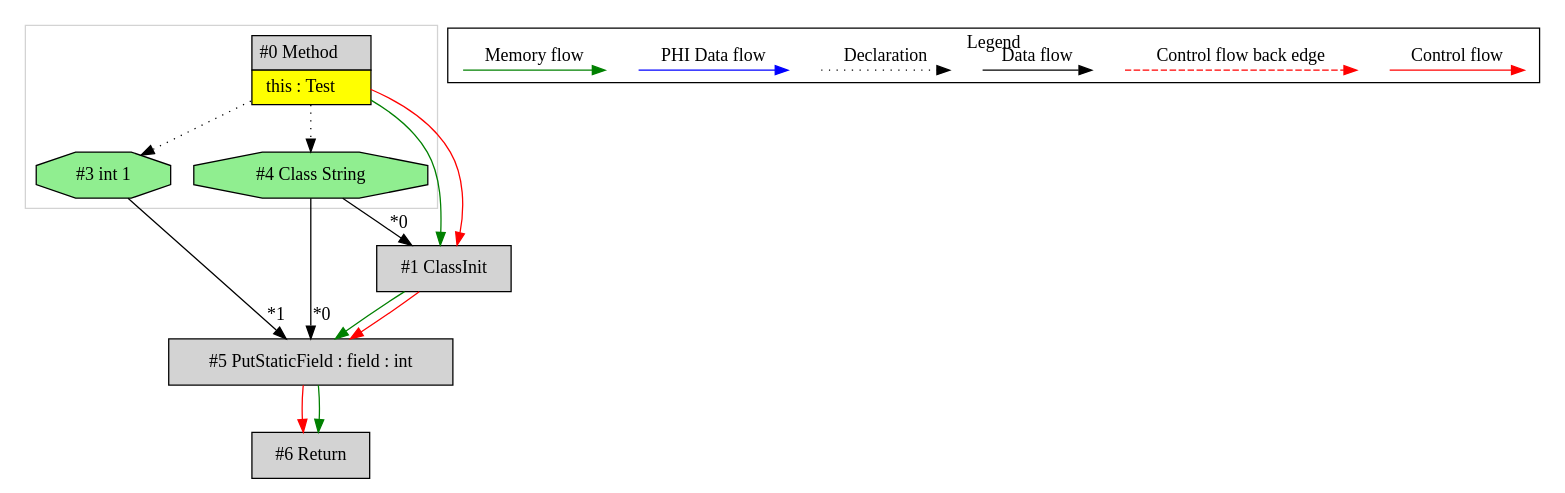
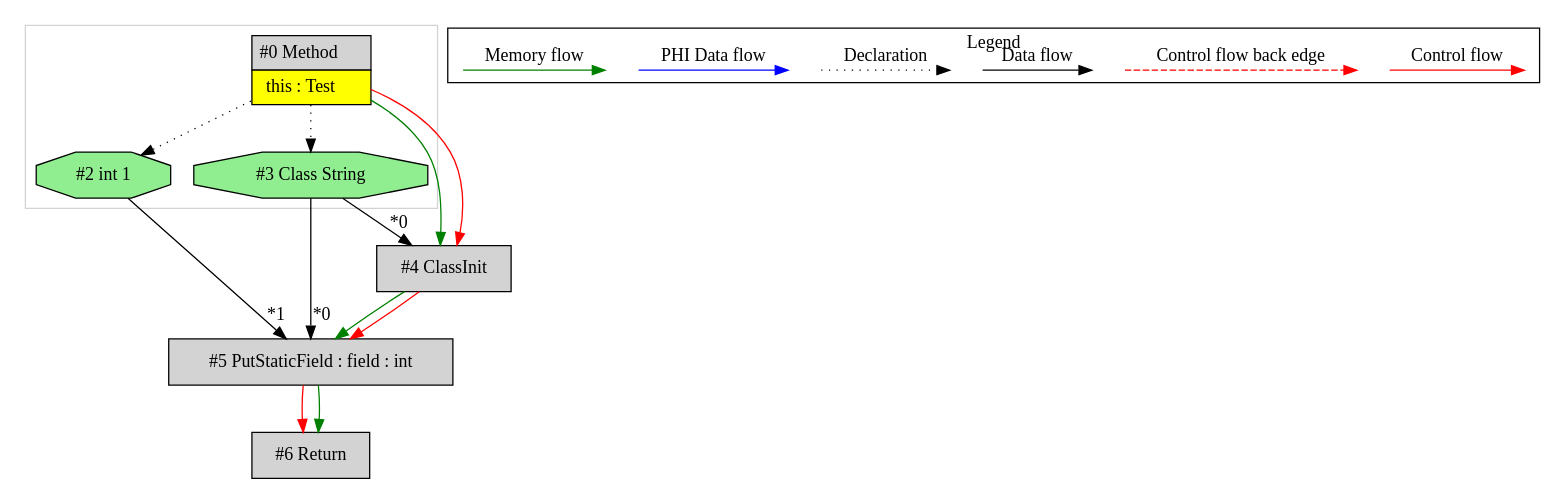
Before and after one commit to mirkosertic/MetaIR: the diagram in de.mirkosertic.metair.ir.OpcodePUTSTATICTest/test_PUTSTATIC/ir.dot, drawn with Graphviz. The commit also changed 883 other files, not shown here.

```diff
--- a/de.mirkosertic.metair.ir.OpcodePUTSTATICTest/test_PUTSTATIC/ir.dot
+++ b/de.mirkosertic.metair.ir.OpcodePUTSTATICTest/test_PUTSTATIC/ir.dot
@@ -1,52 +1,52 @@
 digraph {
  ordering="in";
- node0[margin="0", label=<<table border="0" cellborder="1" cellspacing="0" cellpadding="5"><tr><td colspan="1">#0 Method</td></tr><tr><td port="prj2" bgcolor="yellow">this : Test</td></tr></table>>,shape=none, fillcolor=lightgrey, style=filled];
- node3[label="#3 int 1",shape=octagon, fillcolor=lightgreen, style=filled];
+ node0[margin="0", label=<<table border="0" cellborder="1" cellspacing="0" cellpadding="5"><tr><td colspan="1">#0 Method</td></tr><tr><td port="prj1" bgcolor="yellow">this : Test</td></tr></table>>,shape=none, fillcolor=lightgrey, style=filled];
+ node2[label="#2 int 1",shape=octagon, fillcolor=lightgreen, style=filled];
+ node0 -> node2[style=dotted];
+ node5[label="#5 PutStaticField : field : int",shape=box, fillcolor=lightgrey, style=filled];
+ node3 -> node5[headlabel="*0", labeldistance=2];
+ node2 -> node5[headlabel="*1", labeldistance=2];
+ node4 -> node5[labeldistance=2, color=green, constraint=false];
+ node4 -> node5[labeldistance=2, color=red, fontcolor=red];
+ node4[label="#4 ClassInit",shape=box, fillcolor=lightgrey, style=filled];
+ node3 -> node4[headlabel="*0", labeldistance=2];
+ node0 -> node4[labeldistance=2, color=green, constraint=false];
+ node0 -> node4[labeldistance=2, color=red, fontcolor=red];
+ node3[label="#3 Class String",shape=octagon, fillcolor=lightgreen, style=filled];
  node0 -> node3[style=dotted];
- node5[label="#5 PutStaticField : field : int",shape=box, fillcolor=lightgrey, style=filled];
- node4 -> node5[headlabel="*0", labeldistance=2];
- node3 -> node5[headlabel="*1", labeldistance=2];
- node1 -> node5[labeldistance=2, color=green, constraint=false];
- node1 -> node5[labeldistance=2, color=red, fontcolor=red];
- node1[label="#1 ClassInit",shape=box, fillcolor=lightgrey, style=filled];
- node4 -> node1[headlabel="*0", labeldistance=2];
- node0 -> node1[labeldistance=2, color=green, constraint=false];
- node0 -> node1[labeldistance=2, color=red, fontcolor=red];
- node4[label="#4 Class String",shape=octagon, fillcolor=lightgreen, style=filled];
- node0 -> node4[style=dotted];
  node6[label="#6 Return",shape=box, fillcolor=lightgrey, style=filled];
  node5 -> node6[labeldistance=2, color=red, fontcolor=red];
  node5 -> node6[labeldistance=2, color=green, constraint=false];
  subgraph cluster_0 {
   color=lightgray;
   node0;
+  node2;
   node3;
-  node4;
  }
  subgraph cluster_000 {
   label = "Legend";
   node [shape=point]
   {
    rank=same;
    c0 [style = invis];
    c1 [style = invis];
    c2 [style = invis];
    c3 [style = invis];
    d0 [style = invis];
    d1 [style = invis];
    d2 [style = invis];
    d3 [style = invis];
    d4 [style = invis];
    d5 [style = invis];
    d6 [style = invis];
    d7 [style = invis];
   }
   c0 -> c1 [label="Control flow", style=solid, color=red]
   c2 -> c3 [label="Control flow back edge", style=dashed, color=red]
   d0 -> d1 [label="Data flow"]
   d2 -> d3 [label="Declaration", style=dotted]
   d4 -> d5 [label="PHI Data flow", color=blue]
   d6 -> d7 [label="Memory flow", color=green]
  }
 
 }
```
